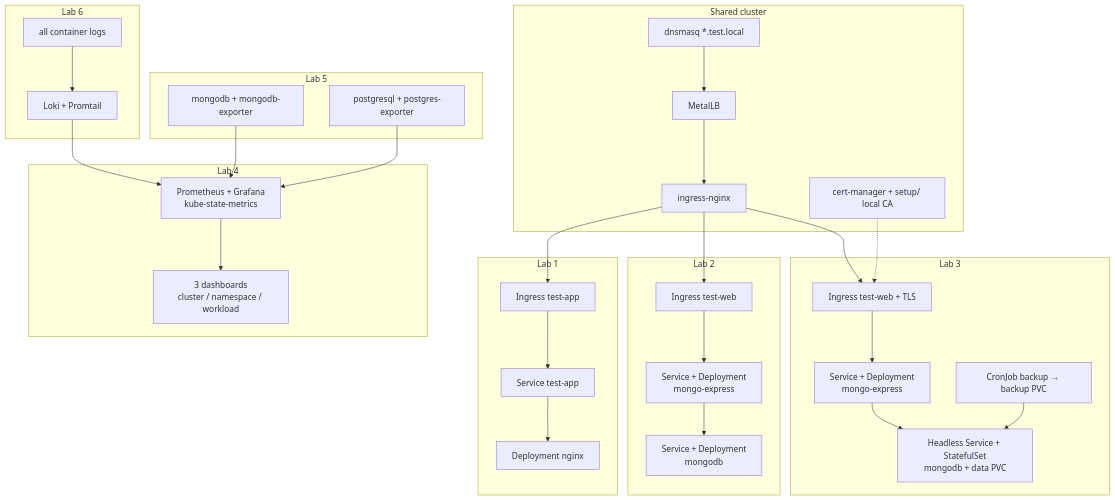
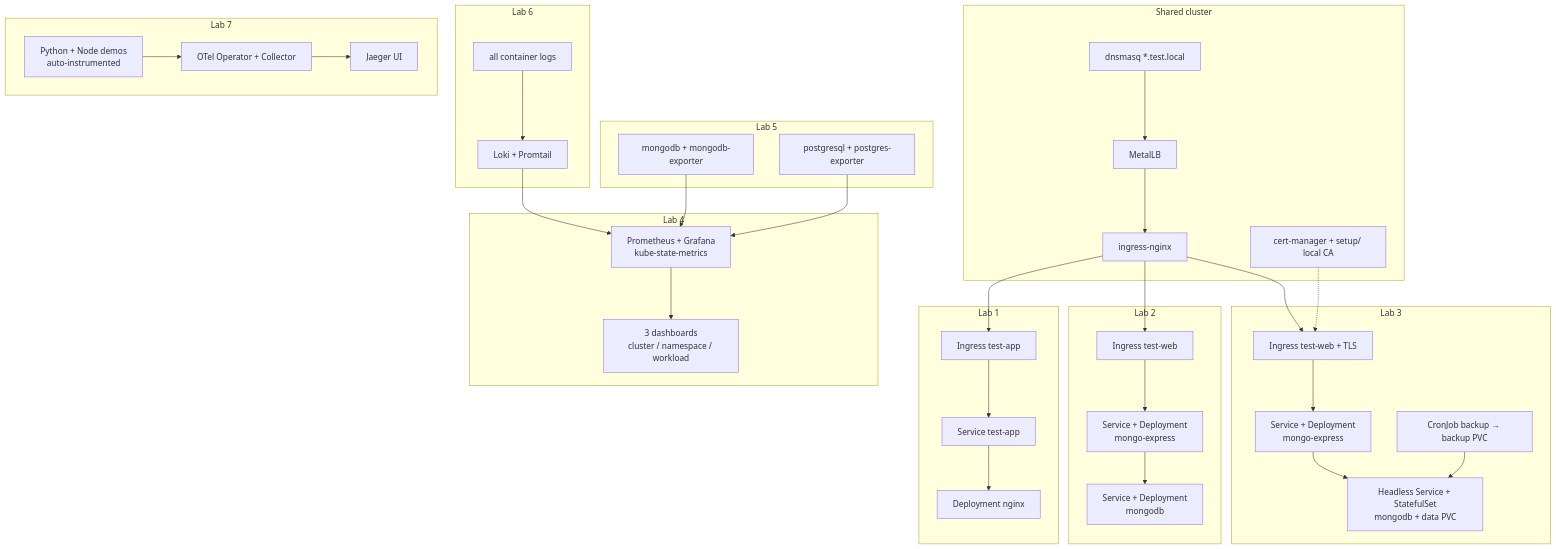
Before and after one commit to youssefshibl/k8s-labs: the diagram in README.md, drawn with Mermaid. The commit also changed other lines of this file and 7 other files, not shown here.

First line of the commit message:
Add Lab 7 for OpenTelemetry and Jaeger integration

````diff
--- a/README.md
+++ b/README.md
@@ -16,57 +17,64 @@
 ```mermaid
 flowchart TB
   subgraph shared [Shared cluster]
     DNS["dnsmasq *.test.local"]
     LB["MetalLB"]
     IC["ingress-nginx"]
     CM["cert-manager + setup/ local CA"]
   end
 
   subgraph lab1 [Lab 1]
     L1Ing["Ingress test-app"]
     L1Svc["Service test-app"]
     L1Dep["Deployment nginx"]
     L1Ing --> L1Svc --> L1Dep
   end
 
   subgraph lab2 [Lab 2]
     L2Ing["Ingress test-web"]
     L2Web["Service + Deployment<br/>mongo-express"]
     L2Db["Service + Deployment<br/>mongodb"]
     L2Ing --> L2Web --> L2Db
   end
 
   subgraph lab3 [Lab 3]
     L3Ing["Ingress test-web + TLS"]
     L3Web["Service + Deployment<br/>mongo-express"]
     L3Db["Headless Service + StatefulSet<br/>mongodb + data PVC"]
     L3Cron["CronJob backup → backup PVC"]
     L3Ing --> L3Web --> L3Db
     L3Cron --> L3Db
   end
 
   subgraph lab4 [Lab 4]
     Prom["Prometheus + Grafana<br/>kube-state-metrics"]
     Boards["3 dashboards<br/>cluster / namespace / workload"]
     Prom --> Boards
   end
 
   subgraph lab5 [Lab 5]
     L5Mongo["mongodb + mongodb-exporter"]
     L5PG["postgresql + postgres-exporter"]
     L5Mongo --> Prom
     L5PG --> Prom
   end
 
   subgraph lab6 [Lab 6]
     Loki["Loki + Promtail"]
     Logs["all container logs"]
     Logs --> Loki --> Prom
   end
 
+  subgraph lab7 [Lab 7]
+    Apps["Python + Node demos<br/>auto-instrumented"]
+    OTel["OTel Operator + Collector"]
+    Jaeger["Jaeger UI"]
+    Apps --> OTel --> Jaeger
+  end
+
   DNS --> LB --> IC
   IC --> L1Ing
   IC --> L2Ing
   IC --> L3Ing
   CM -.-> L3Ing
 ```
````
